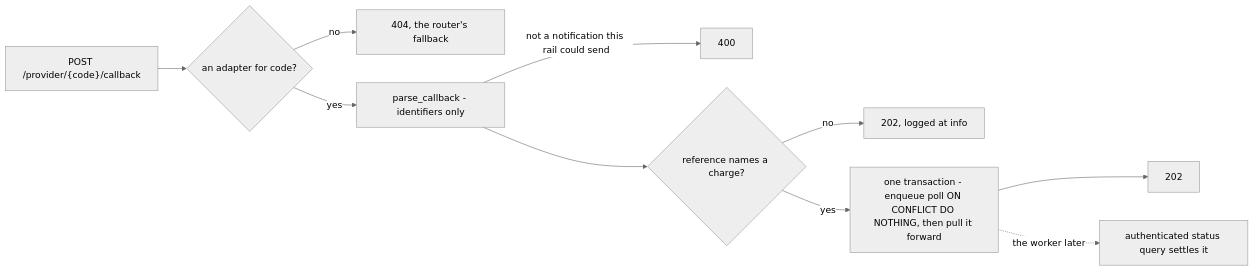
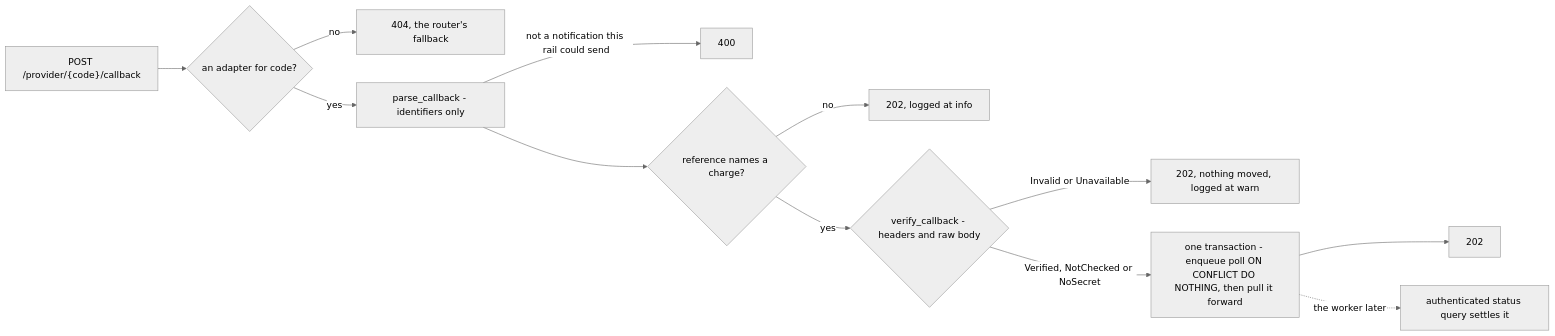
Before and after one commit to vaam-apps/vpay-docs: the third of 4 diagrams in docs/payments/reconciler.md, drawn with Mermaid (neutral theme). The commit also changed other lines of this file and 21 other files, not shown here.

````diff
--- a/docs/payments/reconciler.md
+++ b/docs/payments/reconciler.md
@@ -176,12 +179,14 @@
 ```mermaid
 flowchart LR
     CB["POST /provider/{code}/callback"] --> A{"an adapter for code?"}
     A -->|"no"| NF["404, the router's fallback"]
     A -->|"yes"| PC["parse_callback - identifiers only"]
     PC -->|"not a notification this rail could send"| BR["400"]
     PC --> V{"reference names a charge?"}
     V -->|"no"| X["202, logged at info"]
-    V -->|"yes"| J["one transaction - enqueue poll ON CONFLICT DO NOTHING, then pull it forward"]
+    V -->|"yes"| VC{"verify_callback - headers and raw body"}
+    VC -->|"Invalid or Unavailable"| W["202, nothing moved, logged at warn"]
+    VC -->|"Verified, NotChecked or NoSecret"| J["one transaction - enqueue poll ON CONFLICT DO NOTHING, then pull it forward"]
     J --> OK["202"]
     J -.->|"the worker later"| Q["authenticated status query settles it"]
 ```
````
